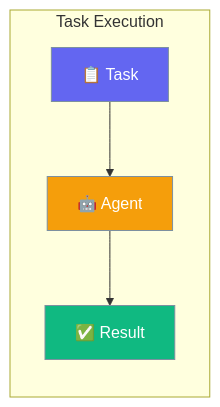
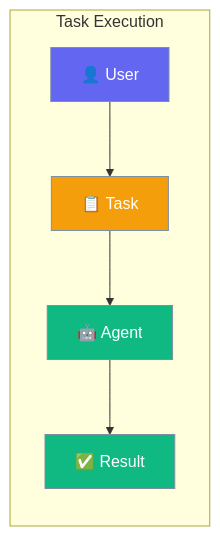
One commit to MervinPraison/PraisonAIDocs changed the first of 2 diagrams in docs/js/tasks.mdx. Above: the diagram before and after it, drawn with Mermaid. The commit also changed other lines of this file and 30 other files, not shown here.

````diff
--- a/docs/js/tasks.mdx
+++ b/docs/js/tasks.mdx
@@ -10,15 +10,16 @@
 ```mermaid
 graph LR
     subgraph "Task Execution"
-        A[📋 Task] --> B[🤖 Agent]
-        B --> C[✅ Result]
+        A[👤 User] --> B[📋 Task]
+        B --> C[🤖 Agent]
+        C --> D[✅ Result]
     end
     
-    classDef task fill:#6366F1,stroke:#7C90A0,color:#fff
-    classDef agent fill:#F59E0B,stroke:#7C90A0,color:#fff
-    classDef result fill:#10B981,stroke:#7C90A0,color:#fff
+    classDef user fill:#6366F1,stroke:#7C90A0,color:#fff
+    classDef task fill:#F59E0B,stroke:#7C90A0,color:#fff
+    classDef output fill:#10B981,stroke:#7C90A0,color:#fff
     
-    class A task
-    class B agent
-    class C result
+    class A user
+    class B task
+    class C,D output
 ```
````
